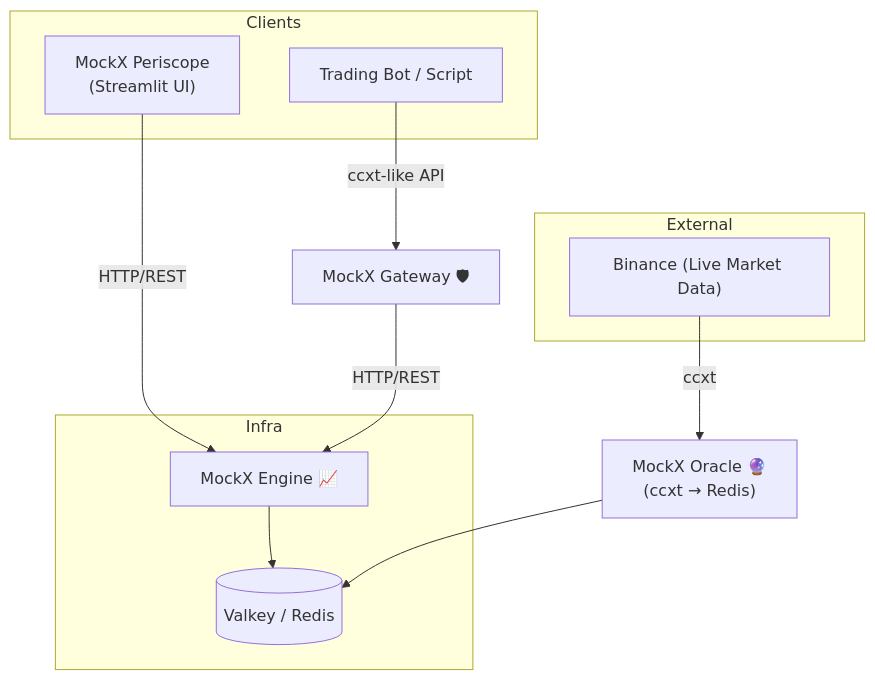
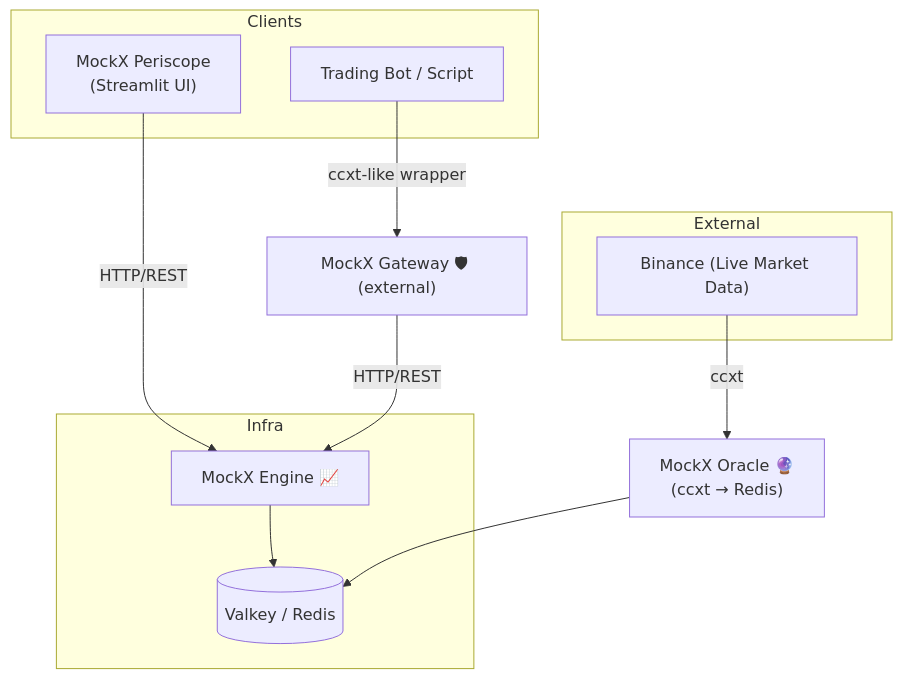
One commit to didac-crst/mockexchange changed the diagram in README.md. Above: the diagram before and after it, drawn with Mermaid.

````diff
--- a/README.md
+++ b/README.md
@@ -142,25 +142,25 @@
 ```mermaid
 flowchart TB
     subgraph Clients
         periscope["MockX Periscope<br/>(Streamlit UI)"]
         bot["Trading Bot / Script"]
     end
 
     subgraph Infra
         redis[("Valkey / Redis")]
         engine["MockX Engine 📈"]
     end
 
     subgraph External
         binance["Binance (Live Market Data)"]
     end
 
-    bot -->|ccxt-like API| gateway["MockX Gateway 🛡"]
+    bot -->|ccxt-like wrapper| gateway["MockX Gateway 🛡 (external)"]
     periscope -->|HTTP/REST| engine
     gateway -->|HTTP/REST| engine
 
     engine --> redis
 
     oracle["MockX Oracle 🔮<br/>(ccxt → Redis)"] --> redis
     binance -->|ccxt| oracle
 ```
````
